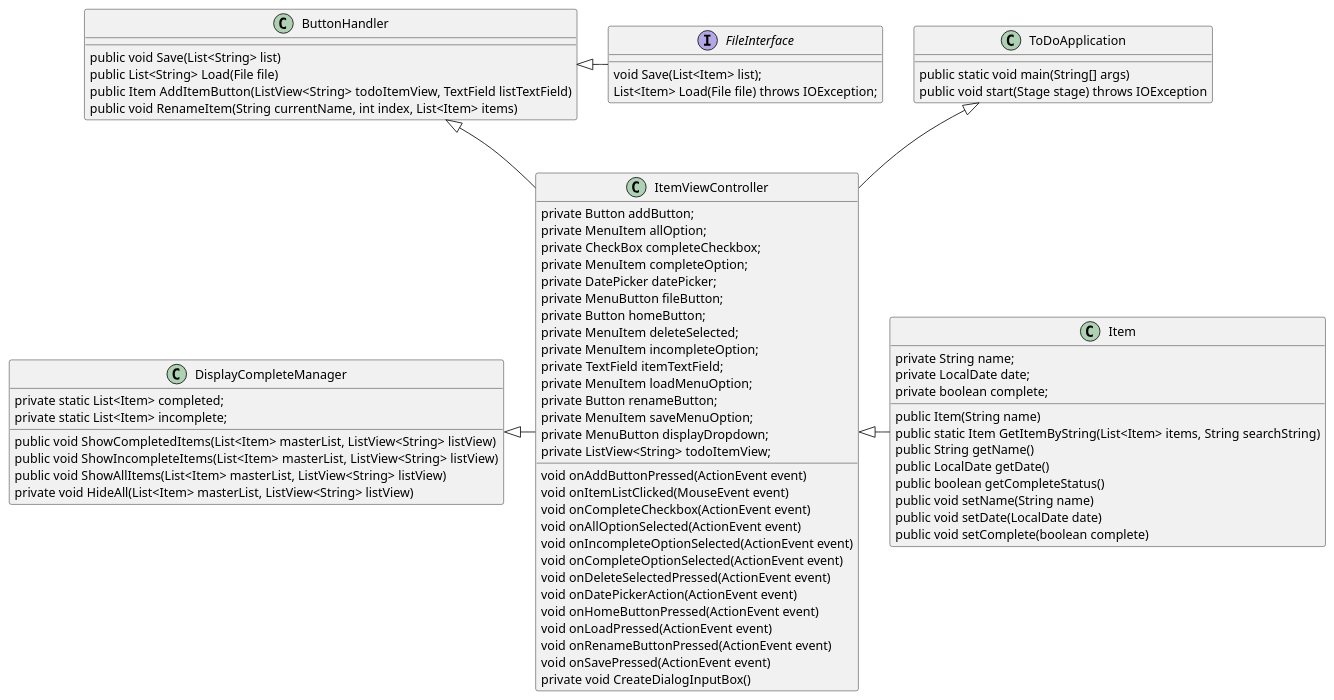
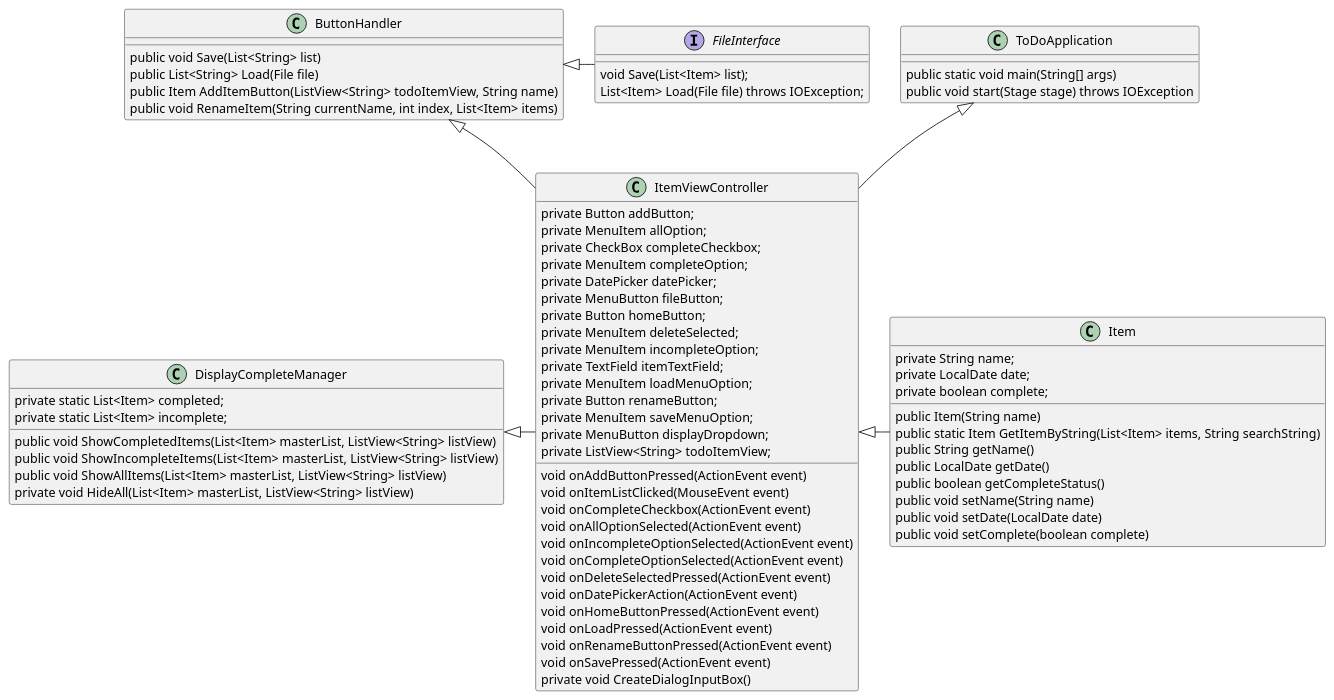
The diagram in uml/ToDoApplication.puml (AlejanPelaez9004/Pelaez-COP3330-assignment4part2), drawn with PlantUML before and after one commit. The commit also changed 7 other files, not shown here.

```diff
--- a/uml/ToDoApplication.puml
+++ b/uml/ToDoApplication.puml
@@ -1,86 +1,86 @@
 @startuml
 
 ItemViewController <|- Item
 ToDoApplication <|-- ItemViewController
 
 ButtonHandler <|- FileInterface
 ButtonHandler <|-- ItemViewController
 DisplayCompleteManager <|- ItemViewController
 
 interface FileInterface
 {
     void Save(List<Item> list);
     List<Item> Load(File file) throws IOException;
 }
 
 class ItemViewController {
     private Button addButton;
     private MenuItem allOption;
     private CheckBox completeCheckbox;
     private MenuItem completeOption;
     private DatePicker datePicker;
     private MenuButton fileButton;
     private Button homeButton;
     private MenuItem deleteSelected;
     private MenuItem incompleteOption;
     private TextField itemTextField;
     private MenuItem loadMenuOption;
     private Button renameButton;
     private MenuItem saveMenuOption;
     private MenuButton displayDropdown;
     private ListView<String> todoItemView;
     void onAddButtonPressed(ActionEvent event)
     void onItemListClicked(MouseEvent event)
     void onCompleteCheckbox(ActionEvent event)
     void onAllOptionSelected(ActionEvent event)
     void onIncompleteOptionSelected(ActionEvent event)
     void onCompleteOptionSelected(ActionEvent event)
     void onDeleteSelectedPressed(ActionEvent event)
     void onDatePickerAction(ActionEvent event)
     void onHomeButtonPressed(ActionEvent event)
     void onLoadPressed(ActionEvent event)
     void onRenameButtonPressed(ActionEvent event)
     void onSavePressed(ActionEvent event)
     private void CreateDialogInputBox()
 }
 
 class ToDoApplication
 {
     public static void main(String[] args)
     public void start(Stage stage) throws IOException
 }
 
 class Item
 {
     private String name;
     private LocalDate date;
     private boolean complete;
     public Item(String name)
     public static Item GetItemByString(List<Item> items, String searchString)
     public String getName()
     public LocalDate getDate()
     public boolean getCompleteStatus()
     public void setName(String name)
     public void setDate(LocalDate date)
     public void setComplete(boolean complete)
 }
 
 class ButtonHandler
 {
     public void Save(List<String> list)
     public List<String> Load(File file)
-    public Item AddItemButton(ListView<String> todoItemView, TextField listTextField)
+    public Item AddItemButton(ListView<String> todoItemView, String name)
     public void RenameItem(String currentName, int index, List<Item> items)
 }
 
 class DisplayCompleteManager
 {
     private static List<Item> completed;
     private static List<Item> incomplete;
     public void ShowCompletedItems(List<Item> masterList, ListView<String> listView)
     public void ShowIncompleteItems(List<Item> masterList, ListView<String> listView)
     public void ShowAllItems(List<Item> masterList, ListView<String> listView)
     private void HideAll(List<Item> masterList, ListView<String> listView)
 }
 
 @enduml
```
